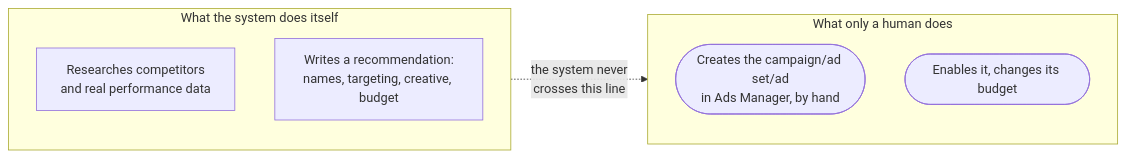
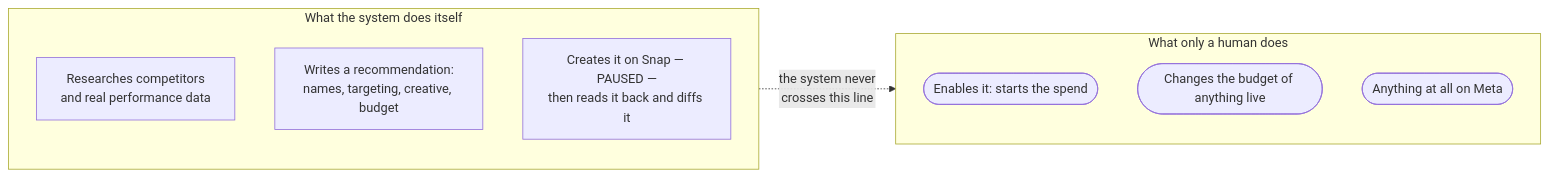
Before and after one commit to sreme19/ad-management-agent: the diagram in wiki-export/Safety-and-guardrails.md, drawn with Mermaid. The commit also changed other lines of this file and 16 other files, not shown here.

````diff
--- a/wiki-export/Safety-and-guardrails.md
+++ b/wiki-export/Safety-and-guardrails.md
@@ -8,14 +13,16 @@
 ```mermaid
 flowchart LR
     subgraph Inside["What the system does itself"]
         Research["Researches competitors\nand real performance data"]
         Draft["Writes a recommendation:\nnames, targeting, creative, budget"]
+        Push["Creates it on Snap — PAUSED —\nthen reads it back and diffs it"]
     end
 
     subgraph Outside["What only a human does"]
-        Setup(["Creates the campaign/ad set/ad\nin Ads Manager, by hand"])
-        Change(["Enables it, changes its budget"])
+        Enable(["Enables it: starts the spend"])
+        Change(["Changes the budget of anything live"])
+        Meta(["Anything at all on Meta"])
     end
 
     Inside -.->|"the system never\ncrosses this line"| Outside
 ```
````
